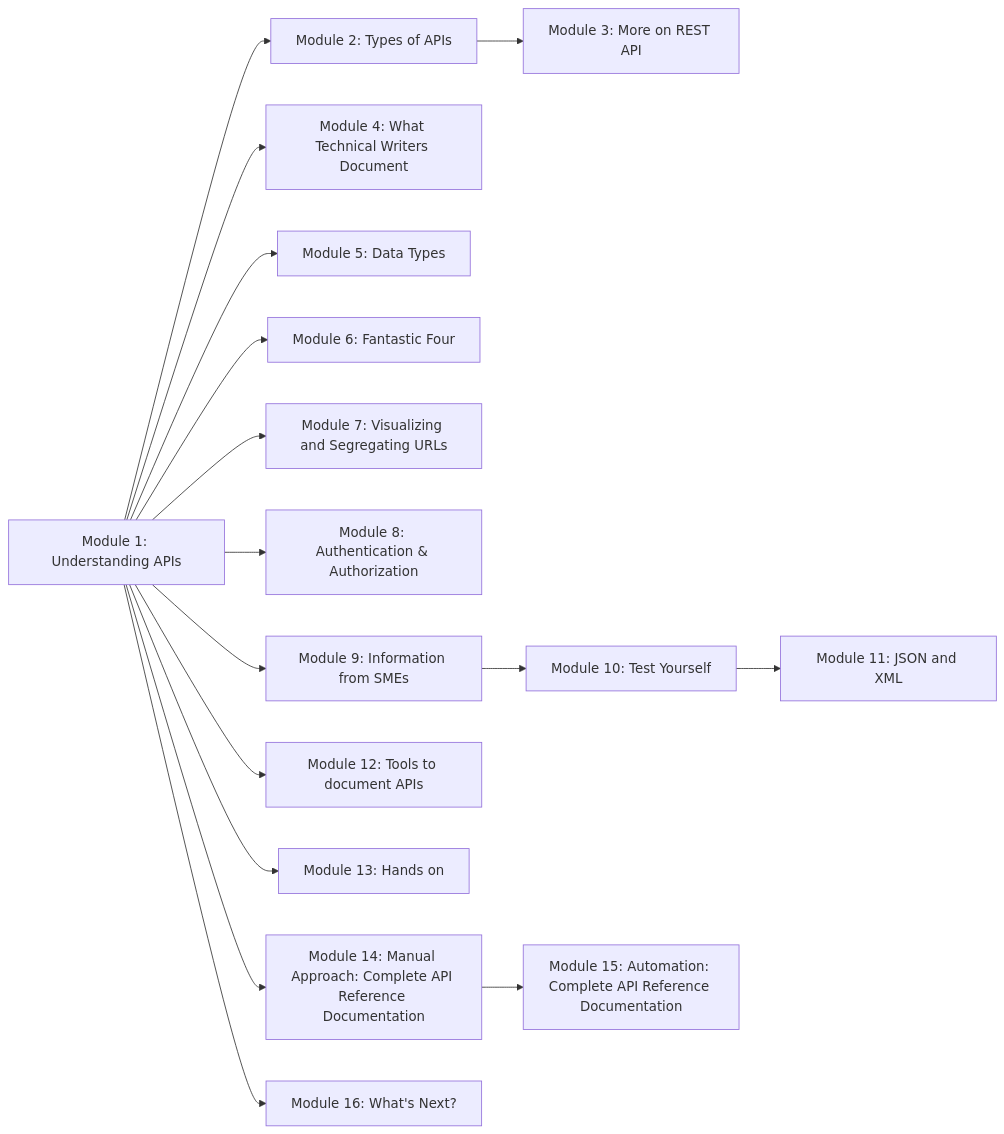
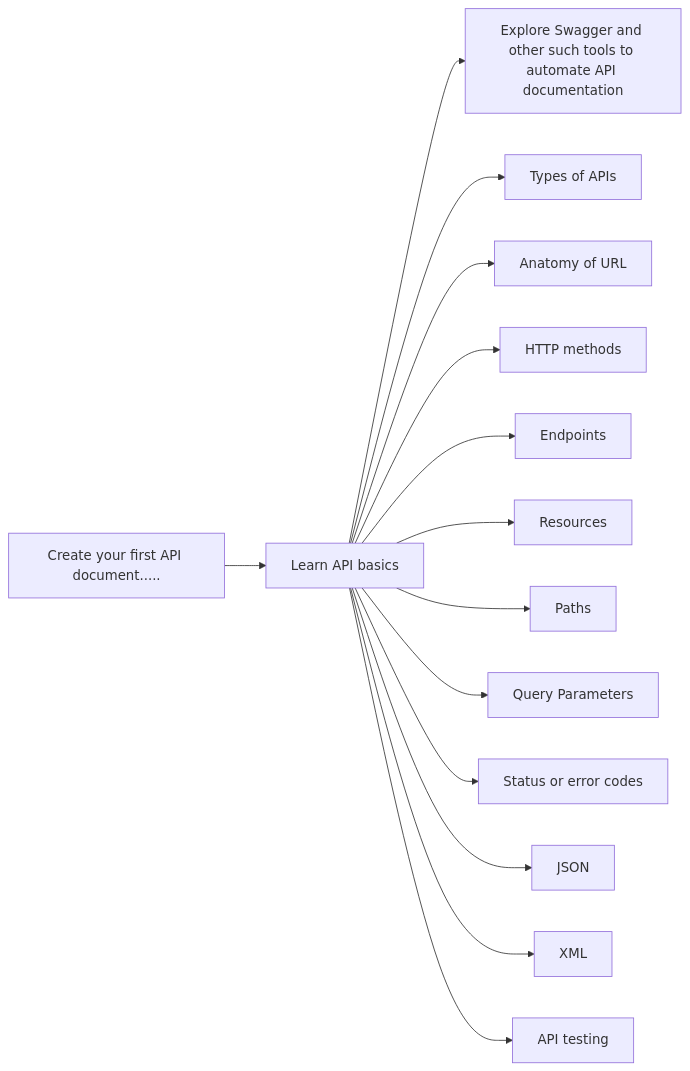
One commit to gautriv/apidocumentation changed the diagram in index.md. Above: the diagram before and after it, drawn with Mermaid. The commit also changed other lines of this file and 19 other files, not shown here.

```diff
--- a/index.md
+++ b/index.md
@@ -23,35 +19,31 @@
 <div class="mermaid">
   graph LR;  
-  Module1[Module 1: Understanding APIs];
-  Module2[Module 2: Types of APIs];
-  Module3[Module 3: More on REST API];
-  Module4[Module 4: What Technical Writers Document];
-  Module5[Module 5: Data Types];
-  Module6[Module 6: Fantastic Four];
-  Module7[Module 7: Visualizing and Segregating URLs];
-  Module8[Module 8: Authentication & Authorization];
-  Module9[Module 9: Information from SMEs];
-  Module10[Module 10: Test Yourself];
-  Module11[Module 11: JSON and XML];
-  Module12[Module 12: Tools to document APIs]
-  Module13[Module 13: Hands on]
-  Module14[Module 14: Manual Approach: Complete API Reference Documentation];
-  Module15[Module 15: Automation: Complete API Reference Documentation];
-  Module16[Module 16: What's Next?];
+  flow1[Create your first API document.....];
+  flow2[Learn API basics];
+  flow3[Explore Swagger and other such tools to automate API documentation];
+  flow4[Types of APIs];
+  flow5[Anatomy of URL];
+  flow6[HTTP methods];
+  flow7[Endpoints];
+  flow8[Resources];
+  flow9[Paths];
+  flow10[Query Parameters];
+  flow11[Status or error codes];
+  flow12[JSON]
+  flow13[XML]
+  flow14[API testing];
 
-  Module1-->Module2;
-  Module2-->Module3;
-  Module1-->Module4;
-  Module1-->Module5;
-  Module1-->Module6;
-  Module1-->Module7;
-  Module1-->Module8;
-  Module1-->Module9;
-  Module9-->Module10;
-  Module10-->Module11;
-  Module1-->Module12;
-  Module1-->Module13;
-  Module1-->Module14;
-  Module14-->Module15;
-  Module1-->Module16;
+  flow1-->flow2;
+  flow2-->flow3;
+  flow2-->flow4;
+  flow2-->flow5;
+  flow2-->flow6;
+  flow2-->flow7;
+  flow2-->flow8;
+  flow2-->flow9;
+  flow2-->flow10;
+  flow2-->flow11;
+  flow2-->flow12;
+  flow2-->flow13;
+  flow2-->flow14;
 </div>
```
